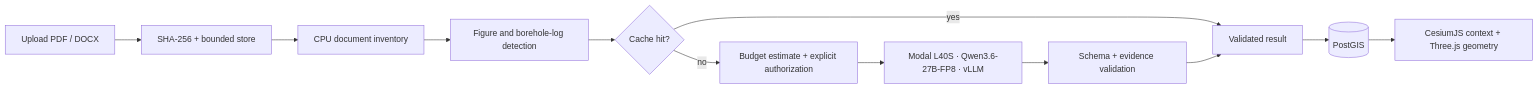
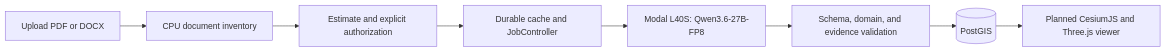
The diagram in README.md (kilickursat/Georeport3D), drawn with Mermaid before and after one commit. The commit also changed other lines of this file and 39 other files, not shown here.

````diff
--- a/README.md
+++ b/README.md
@@ -80,14 +82,10 @@
 ```mermaid
 flowchart LR
-  U[Upload PDF / DOCX] --> H[SHA-256 + bounded store]
-  H --> I[CPU document inventory]
-  I --> F[Figure and borehole-log detection]
-  F --> C{Cache hit?}
-  C -- yes --> V[Validated result]
-  C -- no --> B[Budget estimate + explicit authorization]
-  B --> M[Modal L40S · Qwen3.6-27B-FP8 · vLLM]
-  M --> P[Schema + evidence validation]
-  P --> V
+  U["Upload PDF or DOCX"] --> I["CPU document inventory"]
+  I --> E["Estimate and explicit authorization"]
+  E --> C["Durable cache and JobController"]
+  C --> M["Modal L40S: Qwen3.6-27B-FP8"]
+  M --> V["Schema, domain, and evidence validation"]
   V --> D[(PostGIS)]
-  D --> W[CesiumJS context + Three.js geometry]
+  D --> W["Planned CesiumJS and Three.js viewer"]
 ```
````
